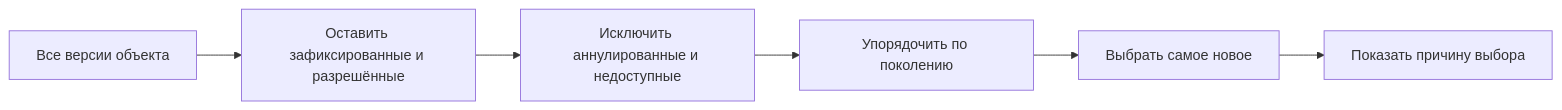
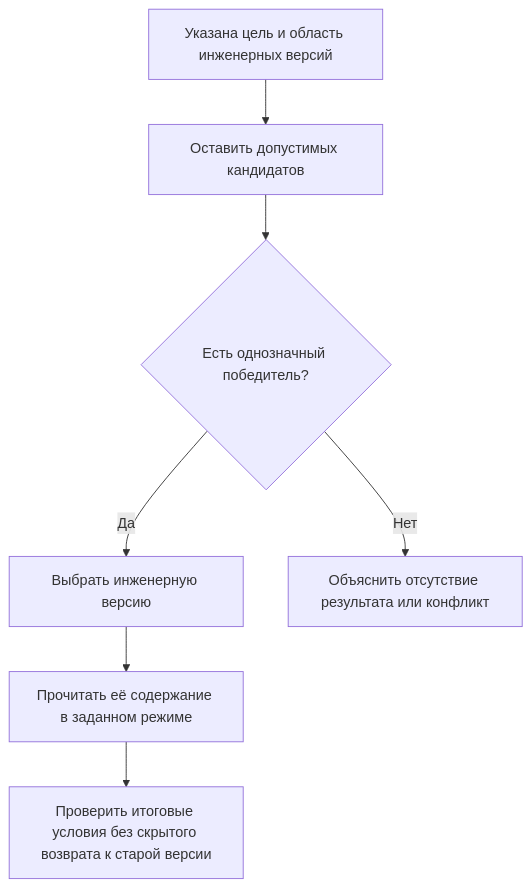
One commit to ZelAnton/Interlink-product-book changed the diagram in docs/version-selection/07-latest-version-policy.md. Above: the diagram before and after it, drawn with Mermaid. The commit also changed other lines of this file and 231 other files, not shown here.

````diff
--- a/docs/version-selection/07-latest-version-policy.md
+++ b/docs/version-selection/07-latest-version-policy.md
@@ -41,8 +21,9 @@
 ```mermaid
-flowchart LR
-    A["Все версии объекта"] --> B["Оставить зафиксированные и разрешённые"]
-    B --> C["Исключить аннулированные и недоступные"]
-    C --> D["Упорядочить по поколению"]
-    D --> E["Выбрать самое новое"]
-    E --> F["Показать причину выбора"]
+flowchart TD
+    A["Указана цель и область инженерных версий"] --> B["Оставить допустимых кандидатов"]
+    B --> C{"Есть однозначный победитель?"}
+    C -->|Да| D["Выбрать инженерную версию"]
+    D --> E["Прочитать её содержание в заданном режиме"]
+    C -->|Нет| F["Объяснить отсутствие результата или конфликт"]
+    E --> G["Проверить итоговые условия без скрытого возврата к старой версии"]
 ```
````
